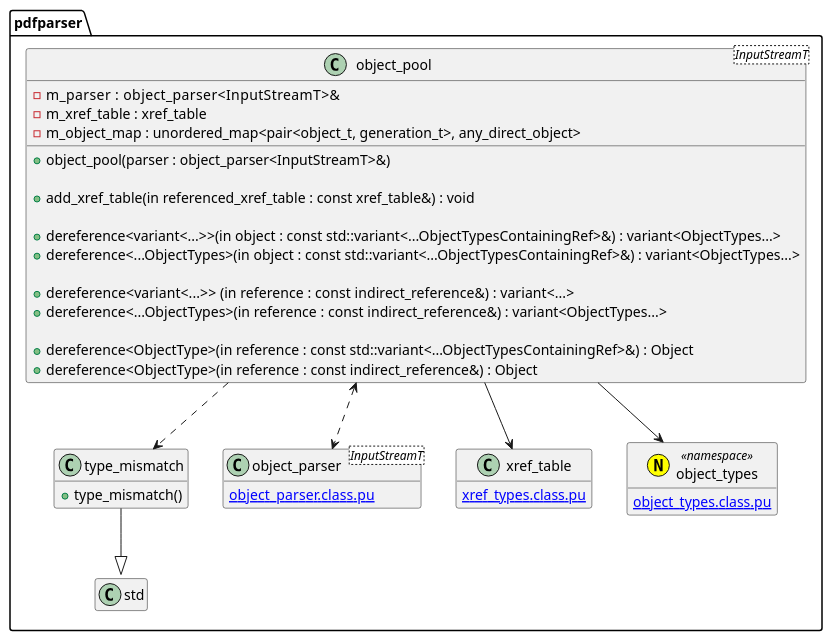
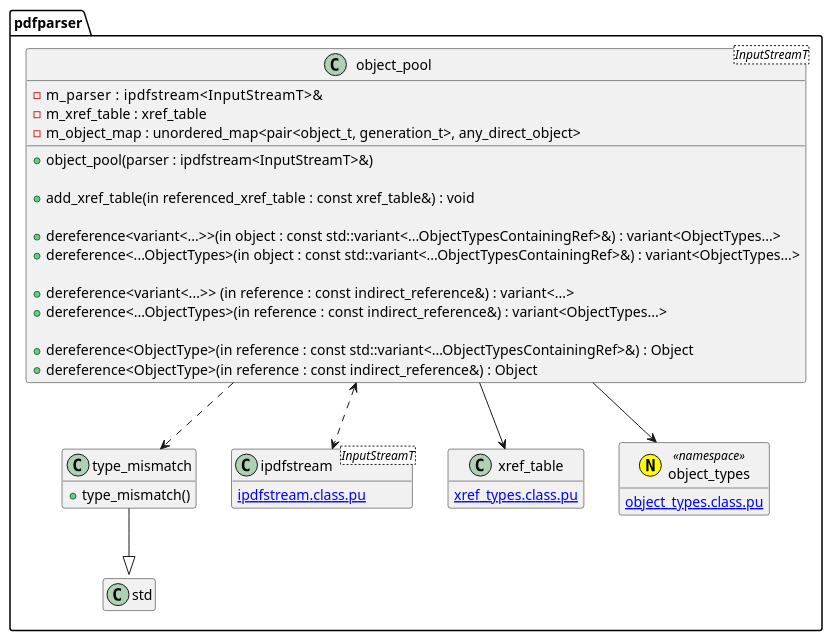
One commit to KodaiYM/PDFReader changed the diagram in document/document_reader/object_pool/object_pool.class.pu. Above: the diagram before and after it, drawn with PlantUML. The commit also changed 20 other files, not shown here.

```diff
--- a/document/document_reader/object_pool/object_pool.class.pu
+++ b/document/document_reader/object_pool/object_pool.class.pu
@@ -1,44 +1,44 @@
 @startuml object_pool
 hide empty members
 namespace pdfparser {
 class type_mismatch {
 	+type_mismatch()
 }
 type_mismatch --|> std::runtime_error
 
 class object_pool<InputStreamT> {
-	-m_parser     : object_parser<InputStreamT>&
+	-m_parser     : ipdfstream<InputStreamT>&
 	-m_xref_table : xref_table
 	-m_object_map : unordered_map<pair<object_t, generation_t>, any_direct_object>
 
-	+object_pool(parser : object_parser<InputStreamT>&)
+	+object_pool(parser : ipdfstream<InputStreamT>&)
 
 	+add_xref_table(in referenced_xref_table : const xref_table&) : void
 
 	' NOTE: variant 版は必要になったら実装
 	+dereference<variant<...>>(in object : const std::variant<...ObjectTypesContainingRef>&) : variant<ObjectTypes...>
 	+dereference<...ObjectTypes>(in object : const std::variant<...ObjectTypesContainingRef>&) : variant<ObjectTypes...>
 
 	' NOTE: variant 版は必要になったら実装
 	+dereference<variant<...>>  (in reference : const indirect_reference&) : variant<...>
 	+dereference<...ObjectTypes>(in reference : const indirect_reference&) : variant<ObjectTypes...>
 
 	+dereference<ObjectType>(in reference : const std::variant<...ObjectTypesContainingRef>&) : Object
 	+dereference<ObjectType>(in reference : const indirect_reference&) : Object
 }
-object_pool <..> object_parser
+object_pool <..> ipdfstream
 object_pool --> xref_table
 object_pool --> object_types
 object_pool ..> type_mismatch
 
-class object_parser<InputStreamT> {
-	[[object_parser.class.pu]]
+class ipdfstream<InputStreamT> {
+	[[ipdfstream.class.pu]]
 }
 class xref_table {
 	[[xref_types.class.pu]]
 }
 annotation object_types <<(N, yellow) namespace>> {
 	[[object_types.class.pu]]
 }
 }
 @enduml
```
